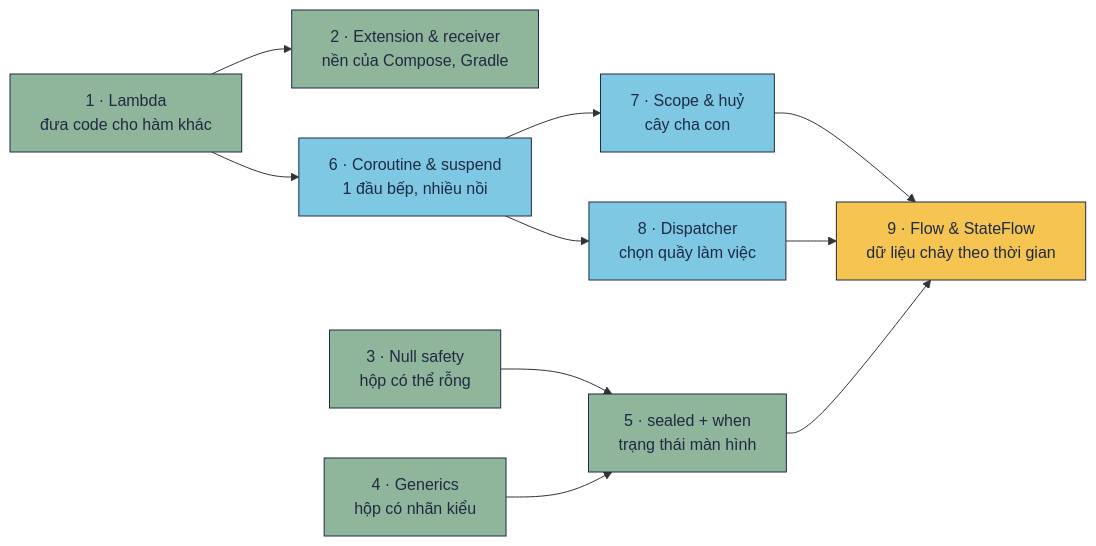
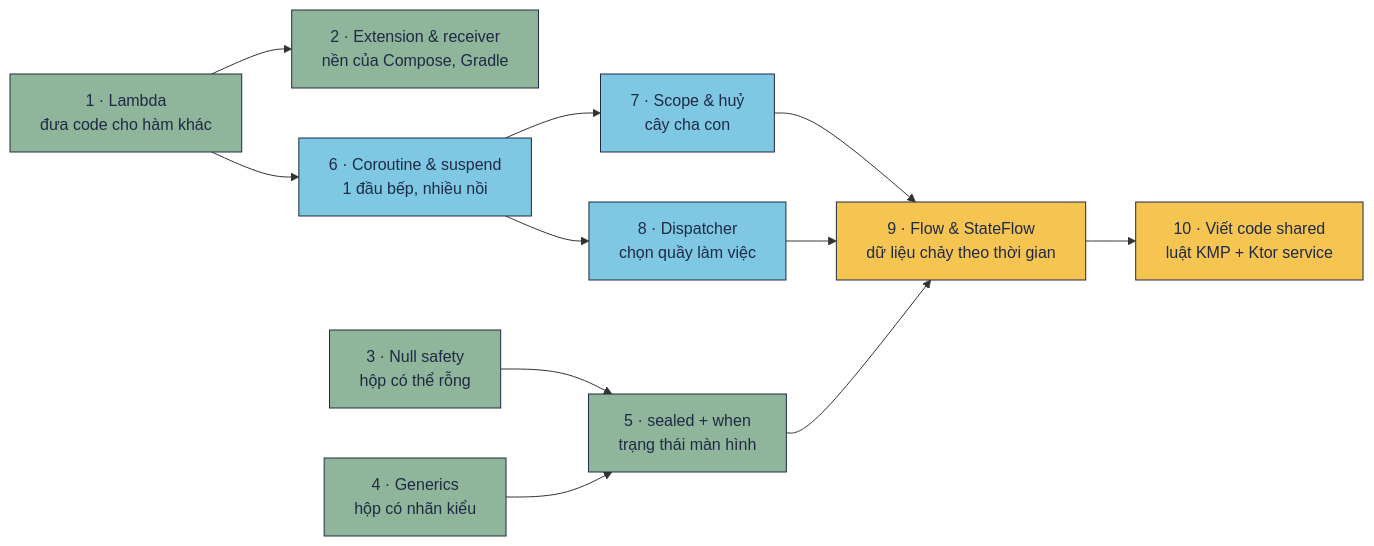
Before and after one commit to tucarmd/kotlin-multi-platform: the diagram in docs/concepts/index.md, drawn with Mermaid. The commit also changed other lines of this file and 2 other files, not shown here.

Commit message:
docs(concepts): 10 · writing shared code — KMP rules, Swift interop table, a Ktor service from scratch called from Compose and SwiftUI
The sample was compiled and its 5 commonTest tests run on JVM and iOS simulator (inside apps/RateWatch, not committed);
the Swift part was built with Xcode + SKIE and checked against the generated Shared.h.

````diff
--- a/docs/concepts/index.md
+++ b/docs/concepts/index.md
@@ -19,18 +19,20 @@
 ```mermaid
 flowchart LR
   L["1 · Lambda<br/>đưa code cho hàm khác"] --> R["2 · Extension & receiver<br/>nền của Compose, Gradle"]
   N["3 · Null safety<br/>hộp có thể rỗng"] --> S["5 · sealed + when<br/>trạng thái màn hình"]
   G["4 · Generics<br/>hộp có nhãn kiểu"] --> S
   L --> C["6 · Coroutine & suspend<br/>1 đầu bếp, nhiều nồi"]
   C --> SC["7 · Scope & huỷ<br/>cây cha con"]
   C --> D["8 · Dispatcher<br/>chọn quầy làm việc"]
   SC --> F["9 · Flow & StateFlow<br/>dữ liệu chảy theo thời gian"]
   D --> F
   S --> F
+  F --> K["10 · Viết code shared<br/>luật KMP + Ktor service"]
   classDef base fill:#8FB59A,stroke:#1F2A44,color:#1F2A44
   classDef co fill:#7EC8E3,stroke:#1F2A44,color:#1F2A44
   classDef end1 fill:#F5C451,stroke:#1F2A44,color:#1F2A44
   class L,R,N,G,S base
   class C,SC,D co
   class F end1
+  class K end1
 ```
````
